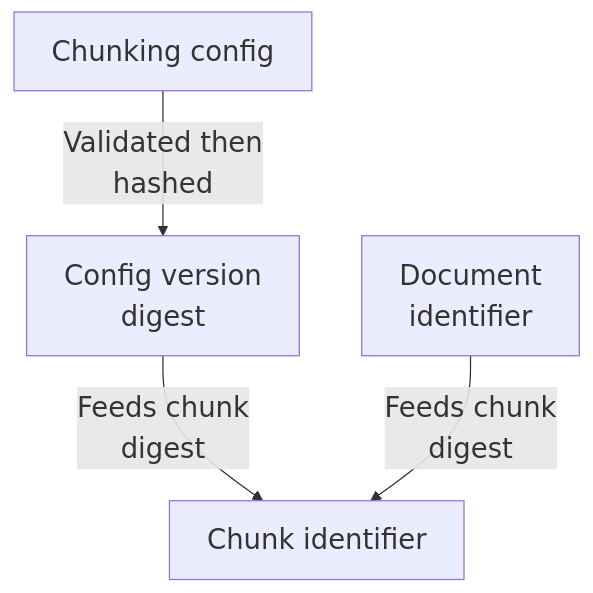
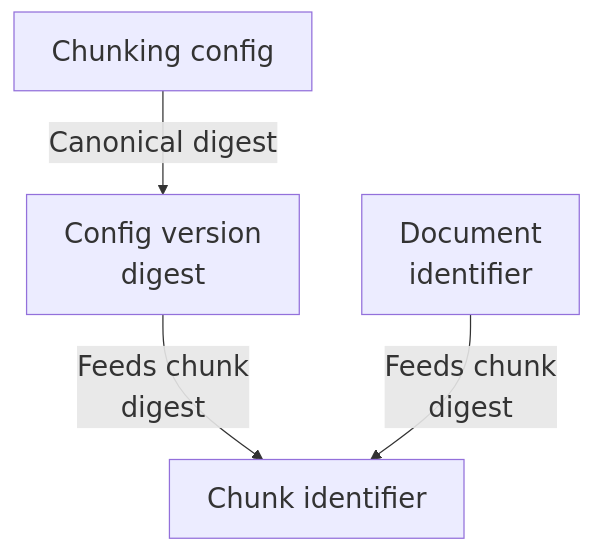
Before and after one commit to Justin-Mendoza/Afterclass: the fourth of 4 diagrams in maps/ingestion/README.md, drawn with Mermaid. The commit also changed other lines of this file and 83 other files, not shown here.

````diff
--- a/maps/ingestion/README.md
+++ b/maps/ingestion/README.md
@@ -154,11 +128,11 @@
 ```mermaid
 %%{init: {"themeVariables": {"fontSize": "22px"}}}%%
 flowchart TD
   n0["Chunking config"]
   n1["Config version<br/>digest"]
   n2["Chunk identifier"]
   n3["Document<br/>identifier"]
-  n0 -->|"Validated then<br/>hashed"| n1
+  n0 -->|"Canonical digest"| n1
   n1 -->|"Feeds chunk<br/>digest"| n2
   n3 -->|"Feeds chunk<br/>digest"| n2
 ```
````
